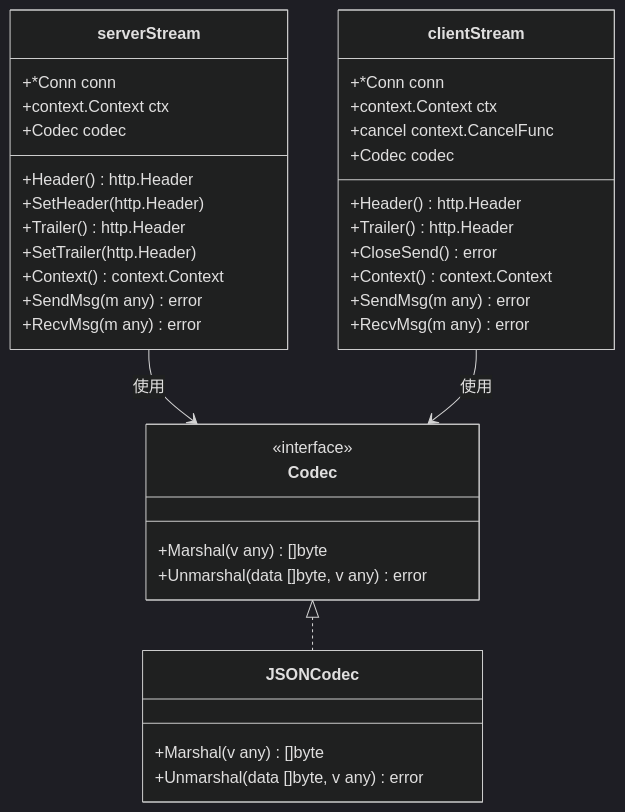
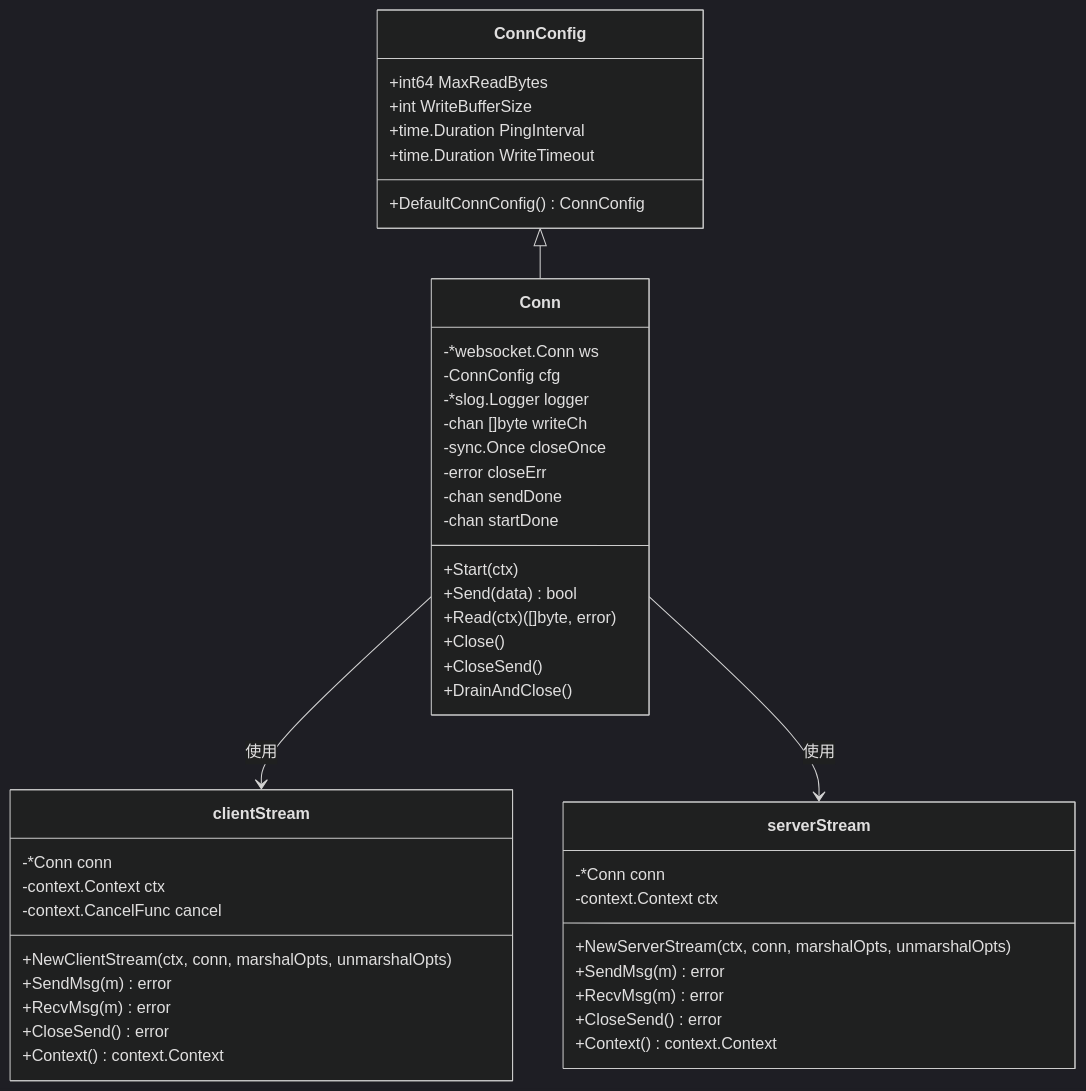
One commit to soyacen/goose changed the third of 15 diagrams in .agents/repowiki/zh/content/示例和最佳实践/WebSocket流式系统.md. Above: the diagram before and after it, drawn with Mermaid (dark theme). The commit also changed other lines of this file and 4 other files, not shown here.

````diff
--- a/.agents/repowiki/zh/content/示例和最佳实践/WebSocket流式系统.md
+++ b/.agents/repowiki/zh/content/示例和最佳实践/WebSocket流式系统.md
@@ -223,39 +161,48 @@
 ```mermaid
 classDiagram
-class Codec {
-<<interface>>
-+Marshal(v any) []byte
-+Unmarshal(data []byte, v any) error
+class ConnConfig {
++int64 MaxReadBytes
++int WriteBufferSize
++time.Duration PingInterval
++time.Duration WriteTimeout
++DefaultConnConfig() ConnConfig
 }
-class JSONCodec {
-+Marshal(v any) []byte
-+Unmarshal(data []byte, v any) error
+class Conn {
+-*websocket.Conn ws
+-ConnConfig cfg
+-*slog.Logger logger
+-chan []byte writeCh
+-sync.Once closeOnce
+-error closeErr
+-chan sendDone
+-chan startDone
++Start(ctx)
++Send(data) bool
++Read(ctx) ([]byte, error)
++Close()
++CloseSend()
++DrainAndClose()
+}
+class clientStream {
+-*Conn conn
+-context.Context ctx
+-context.CancelFunc cancel
++NewClientStream(ctx, conn, marshalOpts, unmarshalOpts)
++SendMsg(m) error
++RecvMsg(m) error
++CloseSend() error
++Context() context.Context
 }
 class serverStream {
-+*Conn conn
-+context.Context ctx
-+Codec codec
-+Header() http.Header
-+SetHeader(http.Header)
-+Trailer() http.Header
-+SetTrailer(http.Header)
-+Context() context.Context
-+SendMsg(m any) error
-+RecvMsg(m any) error
-}
-class clientStream {
-+*Conn conn
-+context.Context ctx
-+cancel context.CancelFunc
-+Codec codec
-+Header() http.Header
-+Trailer() http.Header
+-*Conn conn
+-context.Context ctx
++NewServerStream(ctx, conn, marshalOpts, unmarshalOpts)
++SendMsg(m) error
++RecvMsg(m) error
 +CloseSend() error
 +Context() context.Context
-+SendMsg(m any) error
-+RecvMsg(m any) error
 }
-Codec <|.. JSONCodec
-serverStream --> Codec : 使用
-clientStream --> Codec : 使用
+ConnConfig <|-- Conn
+Conn --> clientStream : 使用
+Conn --> serverStream : 使用
 ```
````
